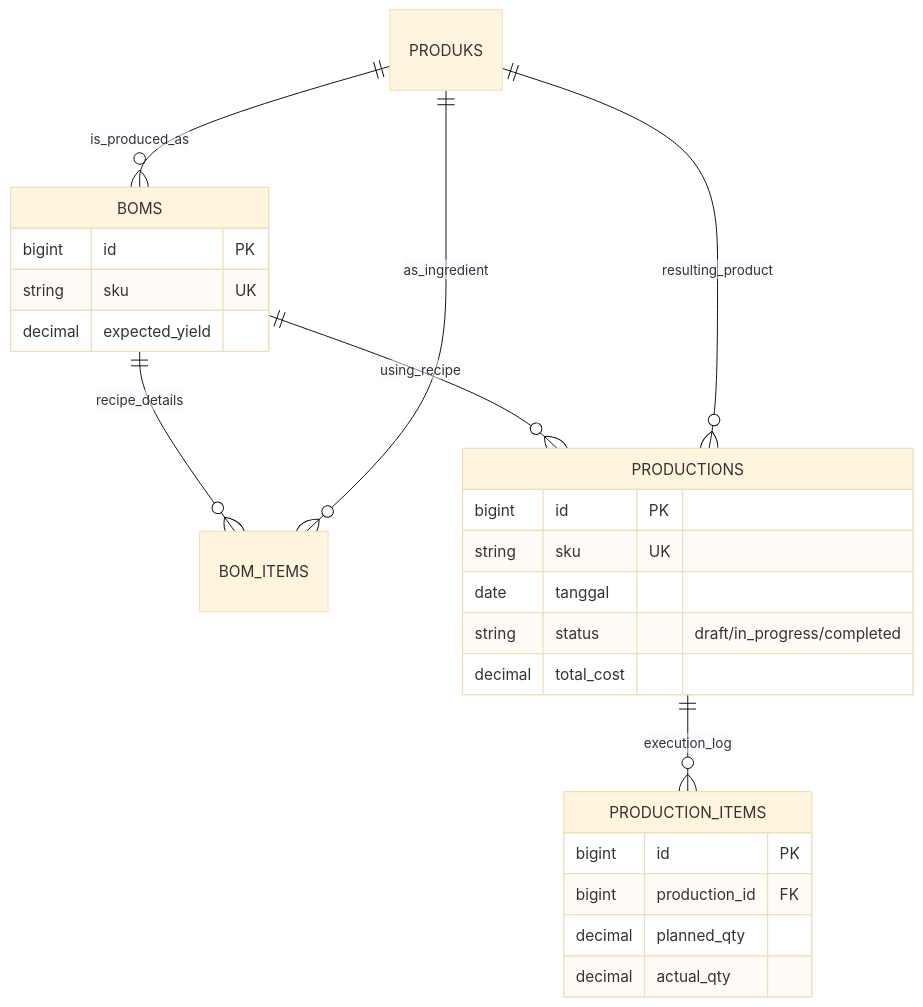
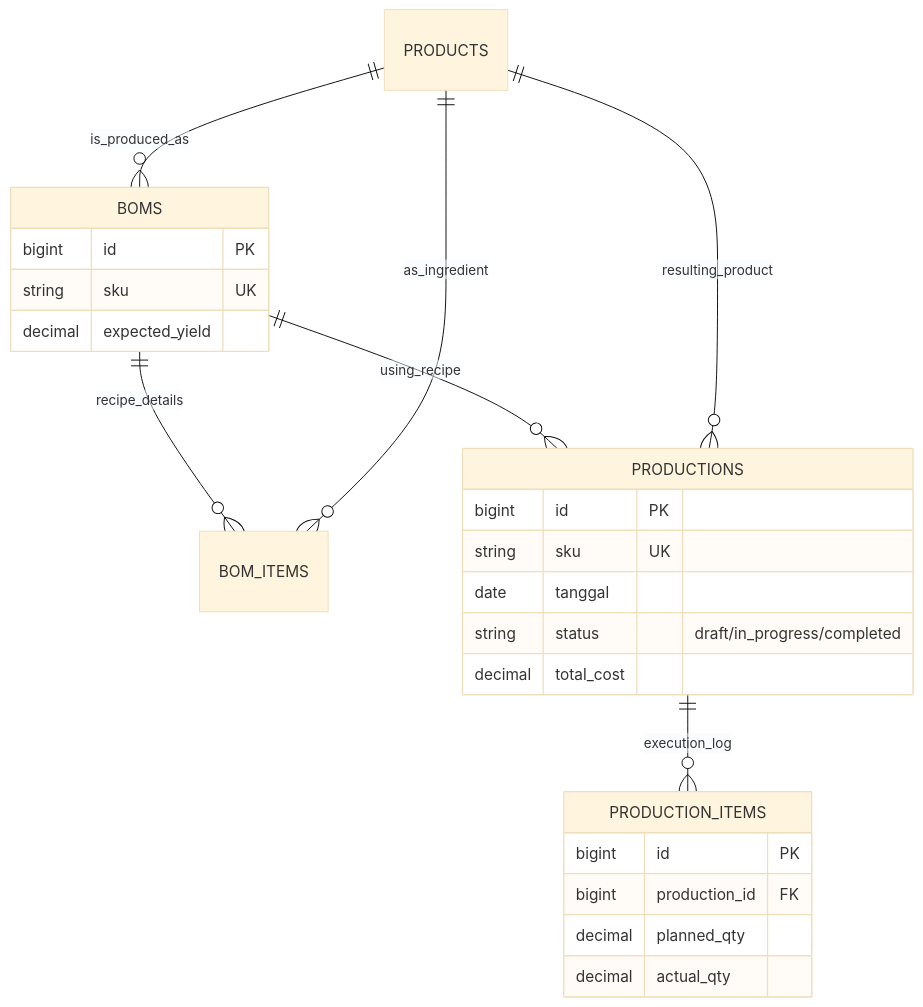
One commit to ubaidillahfaris/erp changed the diagram in database/erd/05_Production_Flow.md. Above: the diagram before and after it, drawn with Mermaid (base theme). The commit also changed 298 other files, not shown here.

````diff
--- a/database/erd/05_Production_Flow.md
+++ b/database/erd/05_Production_Flow.md
@@ -5,29 +5,29 @@
 ```mermaid
 erDiagram
-    PRODUKS ||--o{ BOMS : "is_produced_as"
+    PRODUCTS ||--o{ BOMS : "is_produced_as"
     BOMS ||--o{ BOM_ITEMS : "recipe_details"
-    PRODUKS ||--o{ BOM_ITEMS : "as_ingredient"
+    PRODUCTS ||--o{ BOM_ITEMS : "as_ingredient"
     
     PRODUCTIONS ||--o{ PRODUCTION_ITEMS : "execution_log"
     BOMS ||--o{ PRODUCTIONS : "using_recipe"
-    PRODUKS ||--o{ PRODUCTIONS : "resulting_product"
+    PRODUCTS ||--o{ PRODUCTIONS : "resulting_product"
 
     BOMS {
         bigint id PK
         string sku UK
         decimal expected_yield
     }
     PRODUCTIONS {
         bigint id PK
         string sku UK
         date tanggal
         string status "draft/in_progress/completed"
         decimal total_cost
     }
     PRODUCTION_ITEMS {
         bigint id PK
         bigint production_id FK
         decimal planned_qty
         decimal actual_qty
     }
 ```
````
